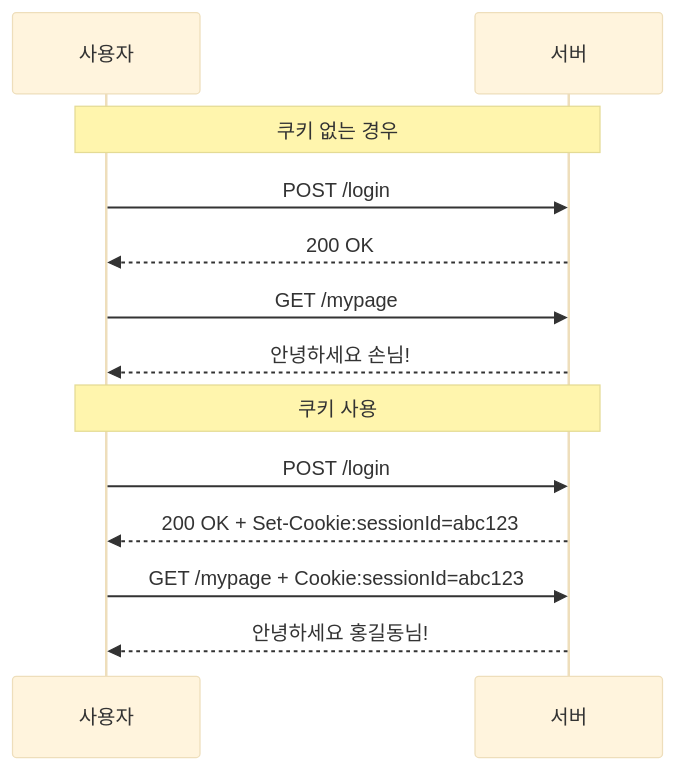
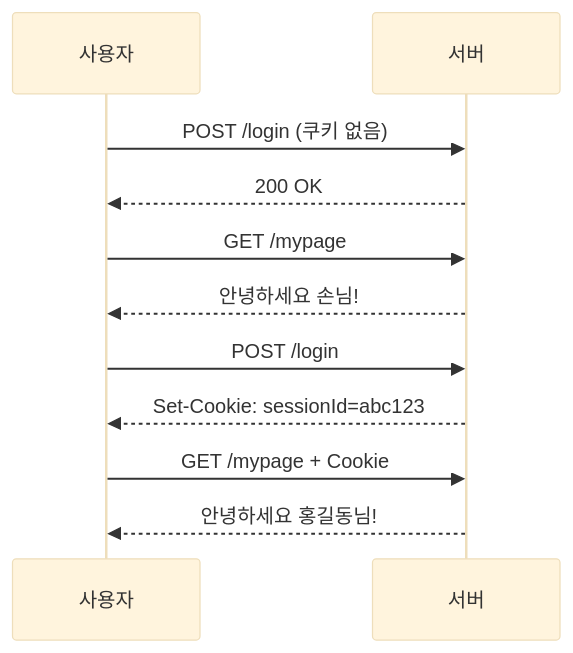
One commit to yjkim2015/yjkim2015.github.io changed the third of 4 diagrams in _posts/http/2021-01-24-http-6.md. Above: the diagram before and after it, drawn with Mermaid (base theme). The commit also changed 155 other files, not shown here.

First line of the commit message:
Mermaid 전면 수정: subgraph 제거, participant/노드/줄수 축소 (342블록)

````diff
--- a/_posts/http/2021-01-24-http-6.md
+++ b/_posts/http/2021-01-24-http-6.md
@@ -197,15 +197,13 @@
 ```mermaid
 sequenceDiagram
     participant U as 사용자
     participant S as 서버
-    Note over U,S: 쿠키 없는 경우
-    U->>S: POST /login
+    U->>S: POST /login (쿠키 없음)
     S-->>U: 200 OK
     U->>S: GET /mypage
     S-->>U: 안녕하세요 손님!
-    Note over U,S: 쿠키 사용
     U->>S: POST /login
-    S-->>U: 200 OK + Set-Cookie:sessionId=abc123
-    U->>S: GET /mypage + Cookie:sessionId=abc123
+    S-->>U: Set-Cookie: sessionId=abc123
+    U->>S: GET /mypage + Cookie
     S-->>U: 안녕하세요 홍길동님!
 ```
````
